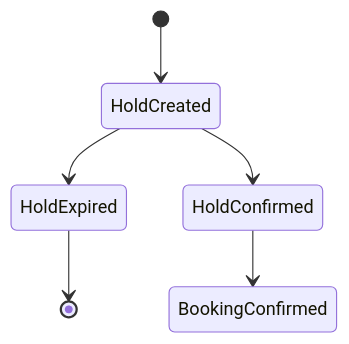
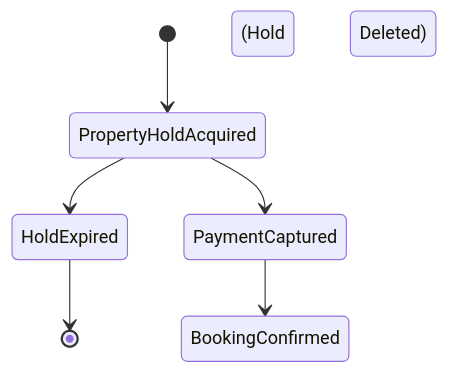
The diagram in docs/database/inventory-locking.md (hamdanahmadkhan101-tech/khan-familia-platform), drawn with Mermaid before and after one commit. The commit also changed other lines of this file and 4 other files, not shown here.

````diff
--- a/docs/database/inventory-locking.md
+++ b/docs/database/inventory-locking.md
@@ -23,8 +21,8 @@
 ```mermaid
 stateDiagram-v2
-  [*] --> HoldCreated
-  HoldCreated --> HoldExpired
-  HoldCreated --> HoldConfirmed
-  HoldConfirmed --> BookingConfirmed
+  [*] --> PropertyHoldAcquired
+  PropertyHoldAcquired --> HoldExpired
+  PropertyHoldAcquired --> PaymentCaptured
+  PaymentCaptured --> BookingConfirmed (Hold Deleted)
   HoldExpired --> [*]
 ```
````
